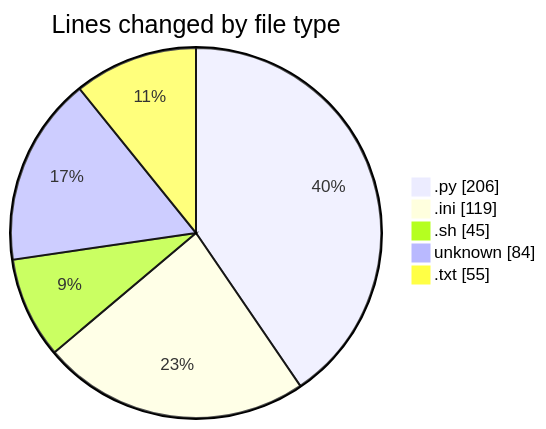
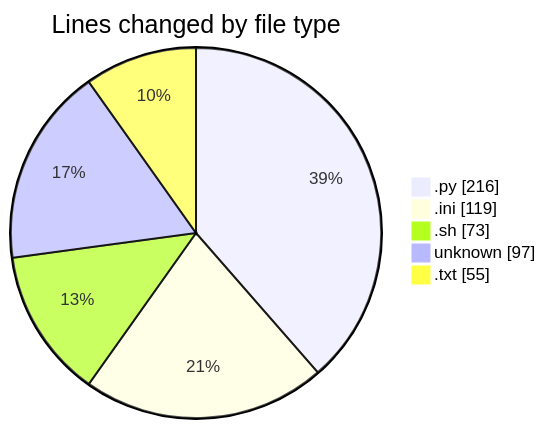
One commit to Elitesun/code-tracking changed the first of 2 diagrams in 2025-05-12/niten/README.md. Above: the diagram before and after it, drawn with Mermaid. The commit also changed other lines of this file and 1 other file, not shown here.

````diff
--- a/2025-05-12/niten/README.md
+++ b/2025-05-12/niten/README.md
@@ -26,9 +26,9 @@
 ```mermaid
 pie showData
 title Lines changed by file type
-".py" : 206
+".py" : 216
 ".ini" : 119
-".sh" : 45
-"unknown" : 84
+".sh" : 73
+"unknown" : 97
 ".txt" : 55
 ```
````
